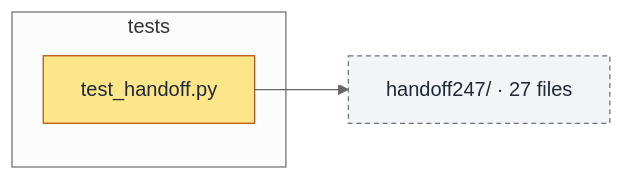
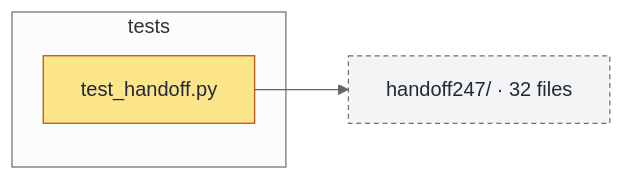
The diagram in docs/handoff/diagrams/code.mmd (unkkyuist/HandOff247), drawn with Mermaid (neutral theme) before and after one commit. The commit also changed 71 other files, not shown here.

```diff
--- a/docs/handoff/diagrams/code.mmd
+++ b/docs/handoff/diagrams/code.mmd
@@ -1,16 +1,16 @@
 flowchart LR
-  n1["handoff247/ · 27 files"]:::hub
+  n1["handoff247/ · 32 files"]:::hub
   subgraph g2["tests"]
     n3["test#95;handoff.py"]:::entry
   end
   n3 --> n1
   classDef entry fill:#fde68a,stroke:#b45309,color:#1f2937
   classDef launcher fill:#e0e7ff,stroke:#4338ca,color:#1f2937
   classDef mode fill:#dcfce7,stroke:#15803d,color:#1f2937
   classDef iface fill:#cffafe,stroke:#0e7490,color:#1f2937
   classDef table fill:#fce7f3,stroke:#be185d,color:#1f2937
   classDef hub fill:#f3f4f6,stroke:#6b7280,color:#1f2937,stroke-dasharray:4 3
   classDef data fill:#fef3c7,stroke:#92400e,color:#1f2937
   classDef ext fill:#ffffff,stroke:#9ca3af,color:#374151,stroke-dasharray:2 2
   classDef test fill:#ede9fe,stroke:#6d28d9,color:#1f2937
   classDef file fill:#ffffff,stroke:#64748b,color:#1f2937
```
